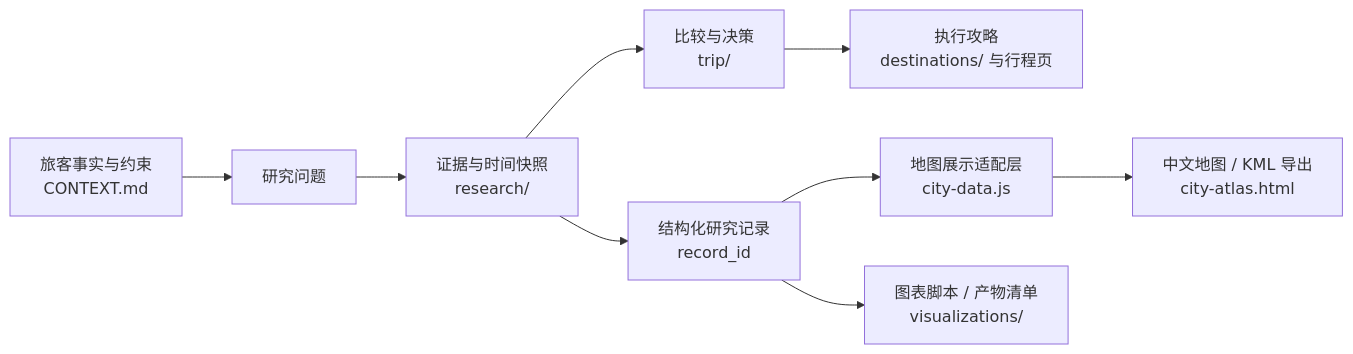
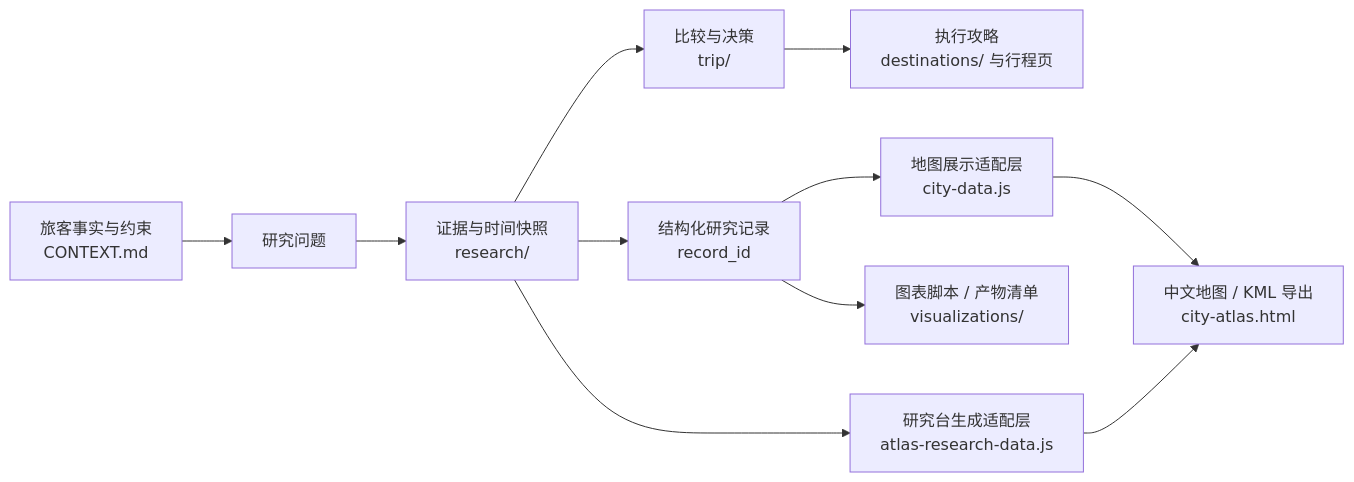
Before and after one commit to fcdljh/2027-Espanol: the diagram in README.md, drawn with Mermaid. The commit also changed other lines of this file and 148 other files, not shown here.

````diff
--- a/README.md
+++ b/README.md
@@ -21,11 +24,13 @@
 ```mermaid
 flowchart LR
     A[旅客事实与约束<br/>CONTEXT.md] --> B[研究问题]
     B --> C[证据与时间快照<br/>research/]
     C --> D[比较与决策<br/>trip/]
     D --> E[执行攻略<br/>destinations/ 与行程页]
     C --> F[结构化研究记录<br/>record_id]
     F --> G[地图展示适配层<br/>city-data.js]
+    C --> J[研究台生成适配层<br/>atlas-research-data.js]
     G --> H[中文地图 / KML 导出<br/>city-atlas.html]
+    J --> H
     F --> I[图表脚本 / 产物清单<br/>visualizations/]
 ```
````
